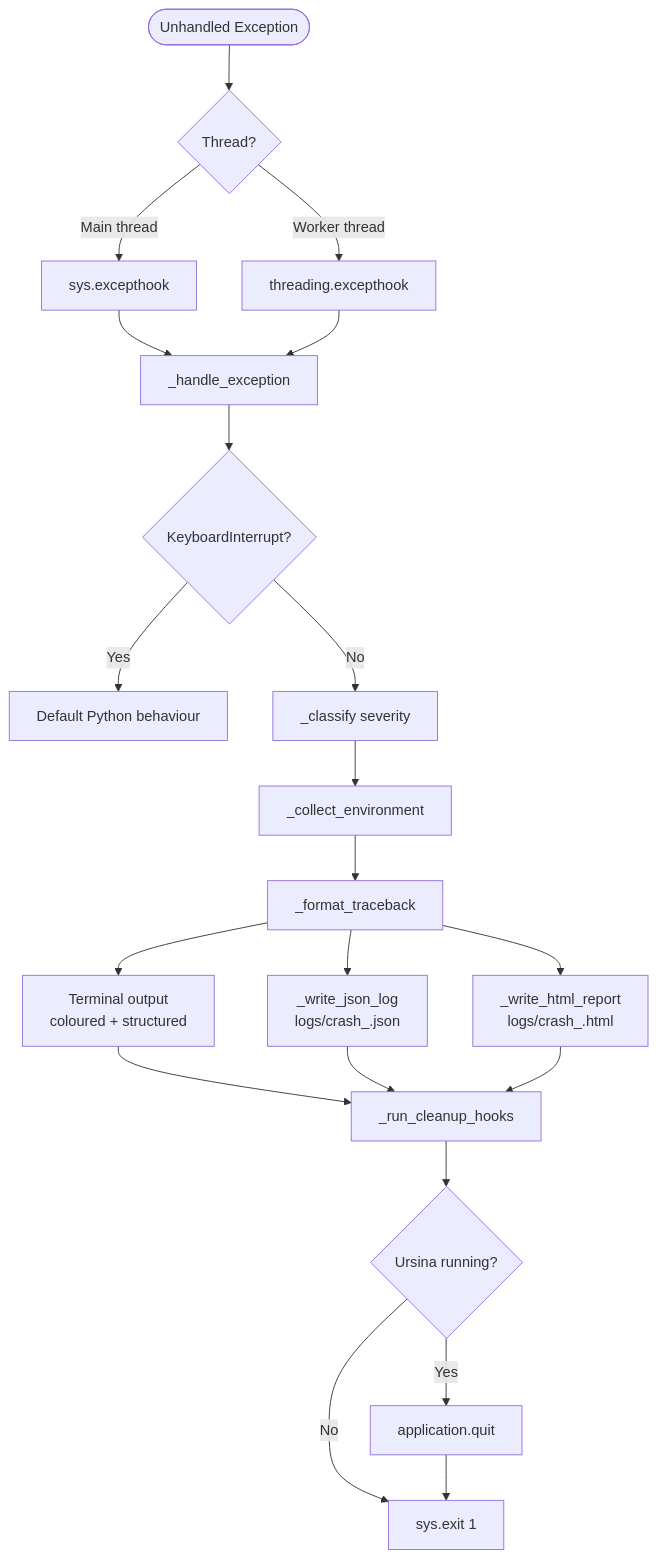
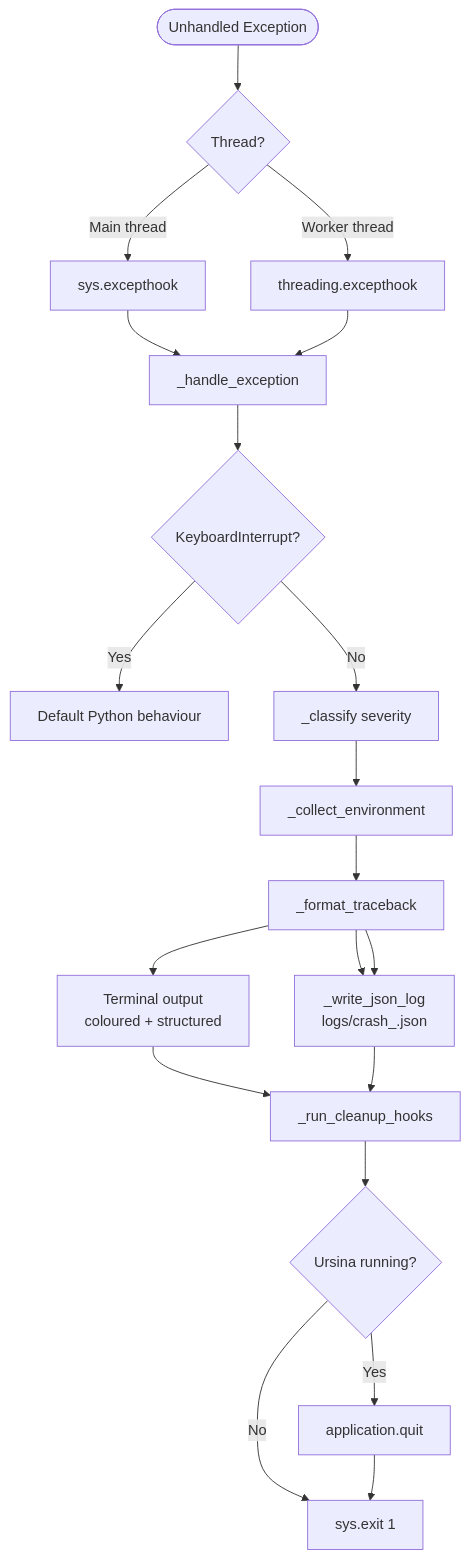
The diagram in docs/ARCHITECTURE.md (alanmary01/CrashHandler), drawn with Mermaid before and after one commit. The commit also changed other lines of this file, not shown here.

Commit message:
docs: remove outdated HTML report references from architecture

````diff
--- a/docs/ARCHITECTURE.md
+++ b/docs/ARCHITECTURE.md
@@ -12,25 +12,25 @@
 ```mermaid
 flowchart TD
     A([Unhandled Exception]) --> B{Thread?}
     B -- Main thread --> C[sys.excepthook]
     B -- Worker thread --> D[threading.excepthook]
     C --> E[_handle_exception]
     D --> E
 
     E --> F{KeyboardInterrupt?}
     F -- Yes --> G[Default Python behaviour]
     F -- No  --> H[_classify severity]
 
     H --> I[_collect_environment]
     I --> J[_format_traceback]
 
     J --> K[Terminal output\ncoloured + structured]
     J --> L[_write_json_log\nlogs/crash_<ts>.json]
-    J --> M[_write_html_report\nlogs/crash_<ts>.html]
+    J --> L[_write_json_log\nlogs/crash_<ts>.json]
 
-    K & L & M --> N[_run_cleanup_hooks]
+    K & L --> N[_run_cleanup_hooks]
     N --> O{Ursina running?}
     O -- Yes --> P[application.quit]
     O -- No  --> Q
     P --> Q[sys.exit 1]
 ```
````
